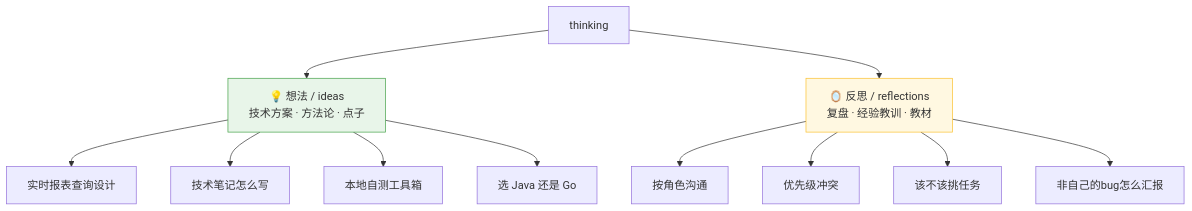
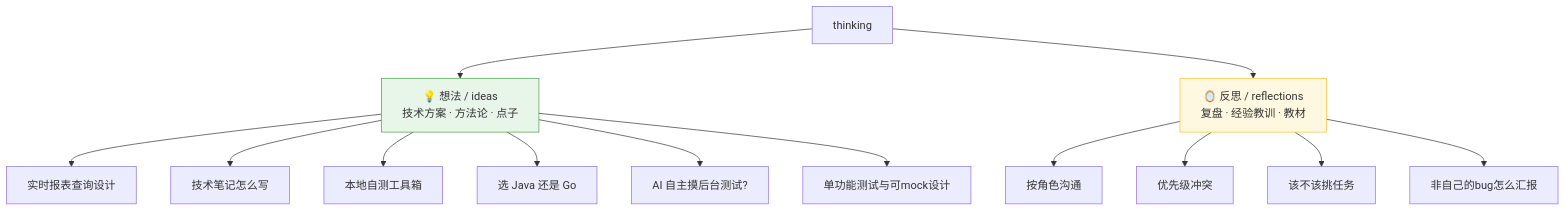
The first of 2 diagrams in docs/README.md (yishengyuan/thinking), drawn with Mermaid before and after one commit. The commit also changed other lines of this file and 2 other files, not shown here.

Commit message:
docs: 新增两篇测试相关想法并更新索引
- AI自主摸索后台测试是否可行:摸得出机制摸不出业务对错(oracle problem),
  适合探路/压测/起草用例,业务断言与审校留给人
- 单功能测试与可mock设计:不全量启动测单功能的阶梯(治标:切片/mock/单测运行;
  治本:DI+面向接口+不可控物注入+IO推到边界),mock层次/工具/陷阱/存量改造
- README 索引同步补两行

````diff
--- a/docs/README.md
+++ b/docs/README.md
@@ -6,19 +6,21 @@
 ```mermaid
 flowchart TD
     ROOT[thinking]
     ROOT --> IDEA[💡 想法 / ideas<br/>技术方案 · 方法论 · 点子]
     ROOT --> REF[🪞 反思 / reflections<br/>复盘 · 经验教训 · 教材]
 
     IDEA --> I1[实时报表查询设计]
     IDEA --> I2[技术笔记怎么写]
     IDEA --> I3[本地自测工具箱]
     IDEA --> I4[选 Java 还是 Go]
+    IDEA --> I5[AI 自主摸后台测试?]
+    IDEA --> I6[单功能测试与可mock设计]
 
     REF --> R1[按角色沟通]
     REF --> R2[优先级冲突]
     REF --> R3[该不该挑任务]
     REF --> R4[非自己的bug怎么汇报]
 
     style IDEA fill:#e8f5e9,stroke:#43a047
     style REF fill:#fff8e1,stroke:#fbc02d
 ```
````
